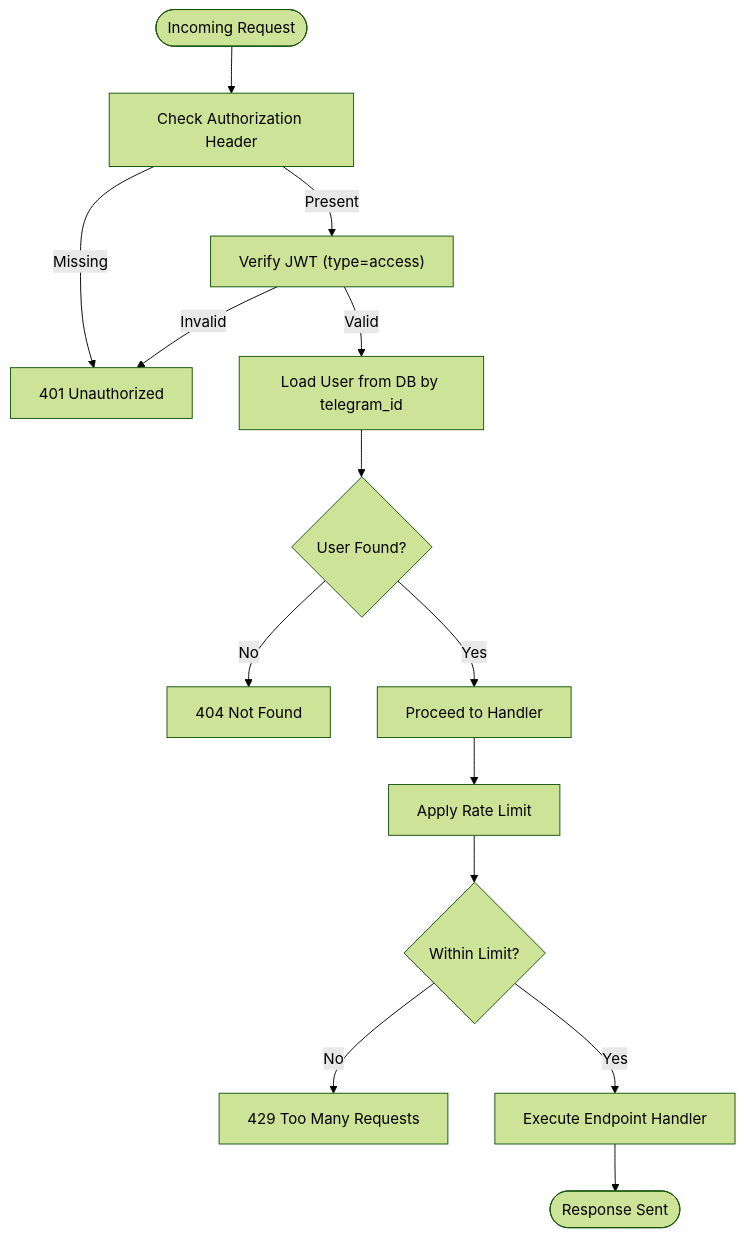
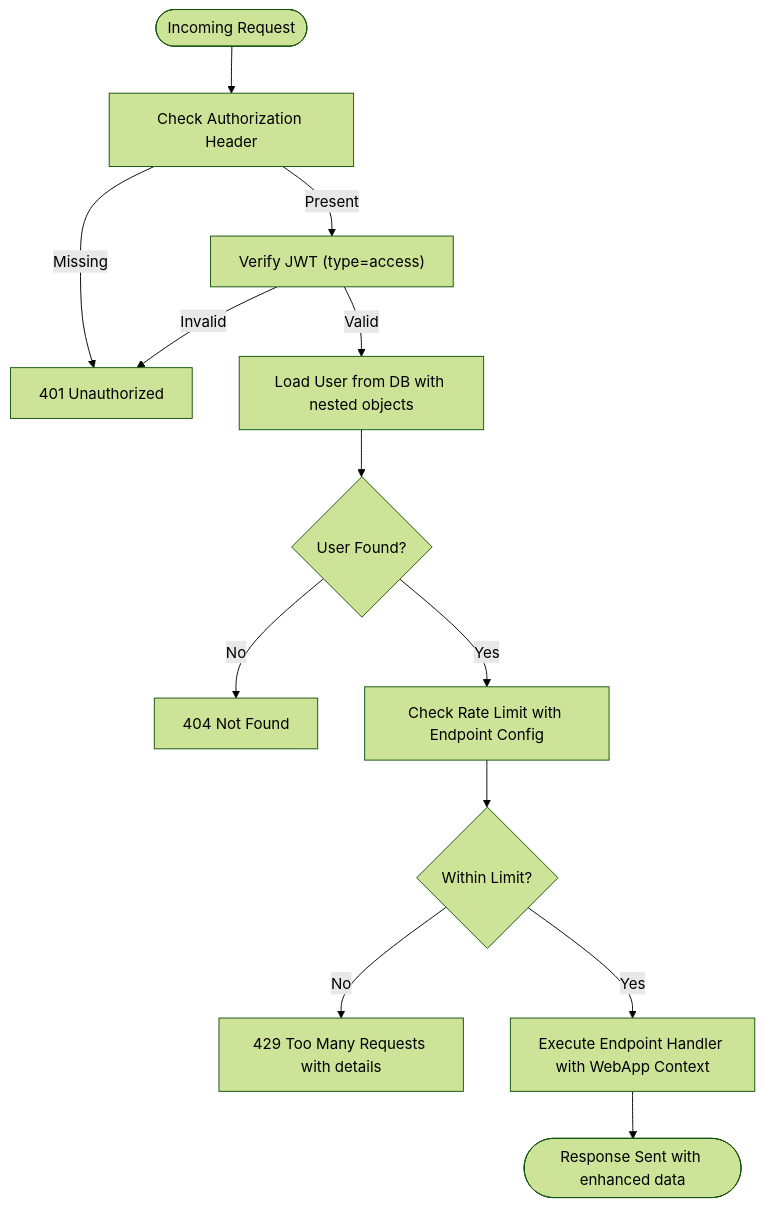
One commit to nilsnavi/fit_trackerpro changed the fifth of 7 diagrams in .qoder/repowiki/en/content/Architecture & Design/Component Interactions.md. Above: the diagram before and after it, drawn with Mermaid (forest theme). The commit also changed other lines of this file and 26 other files, not shown here.

````diff
--- a/.qoder/repowiki/en/content/Architecture & Design/Component Interactions.md
+++ b/.qoder/repowiki/en/content/Architecture & Design/Component Interactions.md
@@ -253,16 +297,15 @@
 ```mermaid
 flowchart TD
 Start(["Incoming Request"]) --> CheckAuth["Check Authorization Header"]
 CheckAuth --> |Missing| Unauthorized["401 Unauthorized"]
 CheckAuth --> |Present| VerifyToken["Verify JWT (type=access)"]
 VerifyToken --> |Invalid| Unauthorized
-VerifyToken --> |Valid| LoadUser["Load User from DB by telegram_id"]
+VerifyToken --> |Valid| LoadUser["Load User from DB with nested objects"]
 LoadUser --> Found{"User Found?"}
 Found --> |No| NotFound["404 Not Found"]
-Found --> |Yes| Next["Proceed to Handler"]
-Next --> RateLimit["Apply Rate Limit"]
-RateLimit --> Allowed{"Within Limit?"}
-Allowed --> |No| TooManyRequests["429 Too Many Requests"]
-Allowed --> |Yes| Handler["Execute Endpoint Handler"]
-Handler --> End(["Response Sent"])
+Found --> |Yes| CheckRateLimit["Check Rate Limit with Endpoint Config"]
+CheckRateLimit --> Allowed{"Within Limit?"}
+Allowed --> |No| TooManyRequests["429 Too Many Requests with details"]
+Allowed --> |Yes| Handler["Execute Endpoint Handler with WebApp Context"]
+Handler --> End(["Response Sent with enhanced data"])
 ```
````
